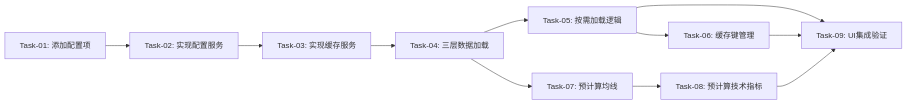
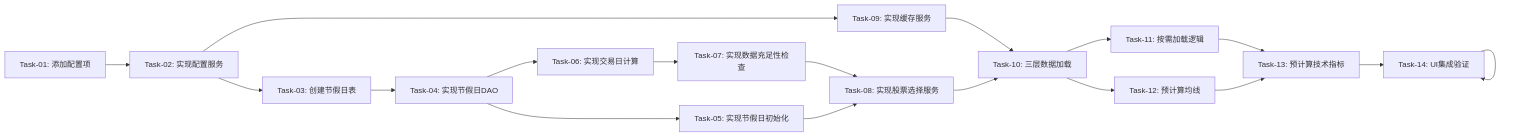
One commit to luojiutian1993/KlineTrain changed the diagram in docs/features/实战模块/指标预加载与缓存优化_任务规划.md. Above: the diagram before and after it, drawn with Mermaid. The commit also changed other lines of this file and 16 other files, not shown here.

````diff
--- a/docs/features/实战模块/指标预加载与缓存优化_任务规划.md
+++ b/docs/features/实战模块/指标预加载与缓存优化_任务规划.md
@@ -15,13 +15,20 @@
 ```mermaid
 graph LR
     A[Task-01: 添加配置项] --> B[Task-02: 实现配置服务]
-    B --> C[Task-03: 实现缓存服务]
-    C --> D[Task-04: 三层数据加载]
-    D --> E[Task-05: 按需加载逻辑]
-    E --> F[Task-06: 缓存键管理]
-    D --> G[Task-07: 预计算均线]
-    G --> H[Task-08: 预计算技术指标]
-    E --> I[Task-09: UI集成验证]
-    F --> I
-    H --> I
+    B --> C[Task-03: 创建节假日表]
+    C --> D[Task-04: 实现节假日DAO]
+    D --> E[Task-05: 实现节假日初始化]
+    D --> F[Task-06: 实现交易日计算]
+    F --> G[Task-07: 实现数据充足性检查]
+    G --> H[Task-08: 实现股票选择服务]
+    E --> H
+    B --> I[Task-09: 实现缓存服务]
+    I --> J[Task-10: 三层数据加载]
+    J --> K[Task-11: 按需加载逻辑]
+    J --> L[Task-12: 预计算均线]
+    K --> M[Task-13: 预计算技术指标]
+    L --> M
+    M --> N[Task-14: UI集成验证]
+    H --> J
+    N --> N
 ```
````
